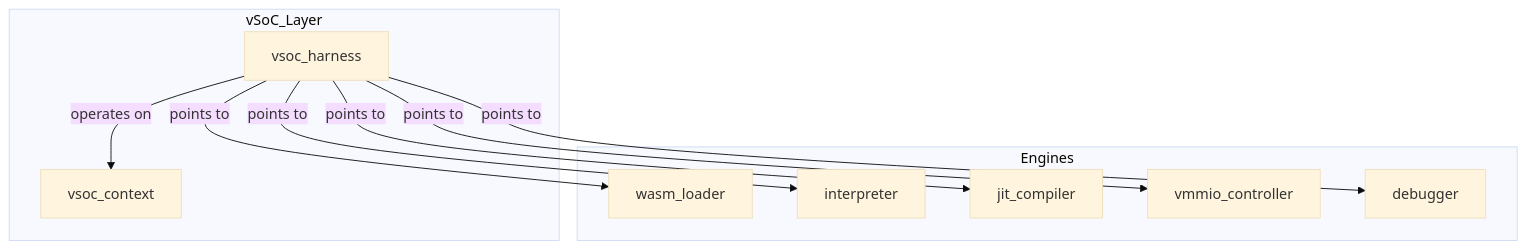
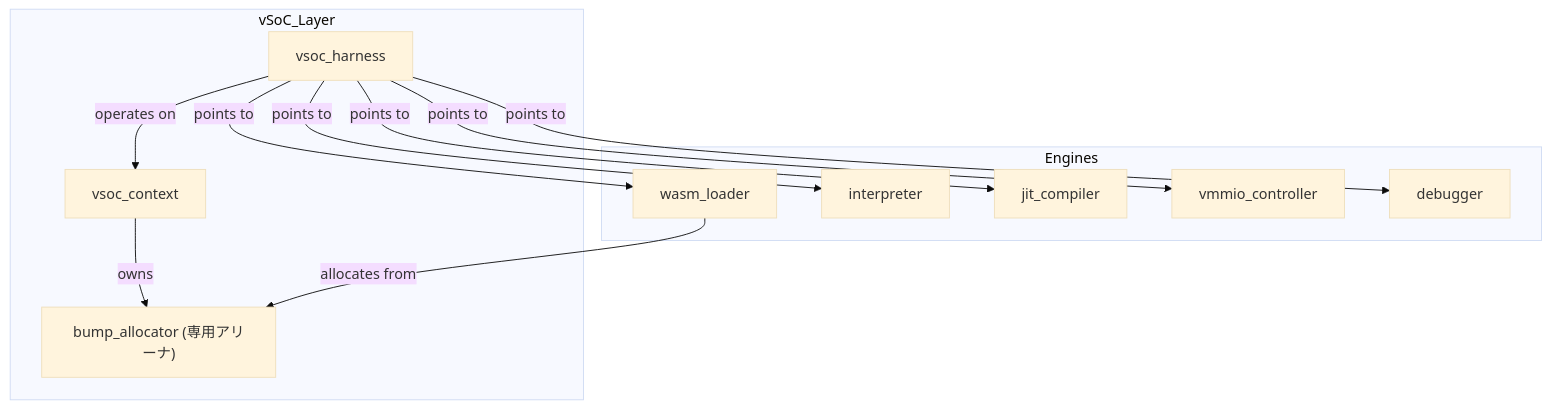
The first of 6 diagrams in docs/components/tier2_runtime/runtime_vsoc.md (kmt-t/fireball), drawn with Mermaid (base theme) before and after one commit. The commit also changed other lines of this file and 6 other files, not shown here.

Commit message:
docs: specify OneRuntimeOneGuest and Runtime_BumpAllocator architecture

````diff
--- a/docs/components/tier2_runtime/runtime_vsoc.md
+++ b/docs/components/tier2_runtime/runtime_vsoc.md
@@ -28,22 +28,25 @@
 ```mermaid
 graph TD
     subgraph vSoC_Layer
-        Harness[vsoc_harness]
-        Context[vsoc_context]
+        Harness["vsoc_harness"]
+        Context["vsoc_context"]
+        Alloc["bump_allocator (専用アリーナ)"]
     end
 
     subgraph Engines
-        Loader[wasm_loader]
-        Interp[interpreter]
-        JIT[jit_compiler]
-        vMMIO[vmmio_controller]
-        Debug[debugger]
+        Loader["wasm_loader"]
+        Interp["interpreter"]
+        JIT["jit_compiler"]
+        vMMIO["vmmio_controller"]
+        Debug["debugger"]
     end
 
     Harness -- points to --> Loader
     Harness -- points to --> Interp
     Harness -- points to --> JIT
     Harness -- points to --> vMMIO
     Harness -- points to --> Debug
     Harness -- operates on --> Context
+    Context -- owns --> Alloc
+    Loader -- allocates from --> Alloc
 ```
````
